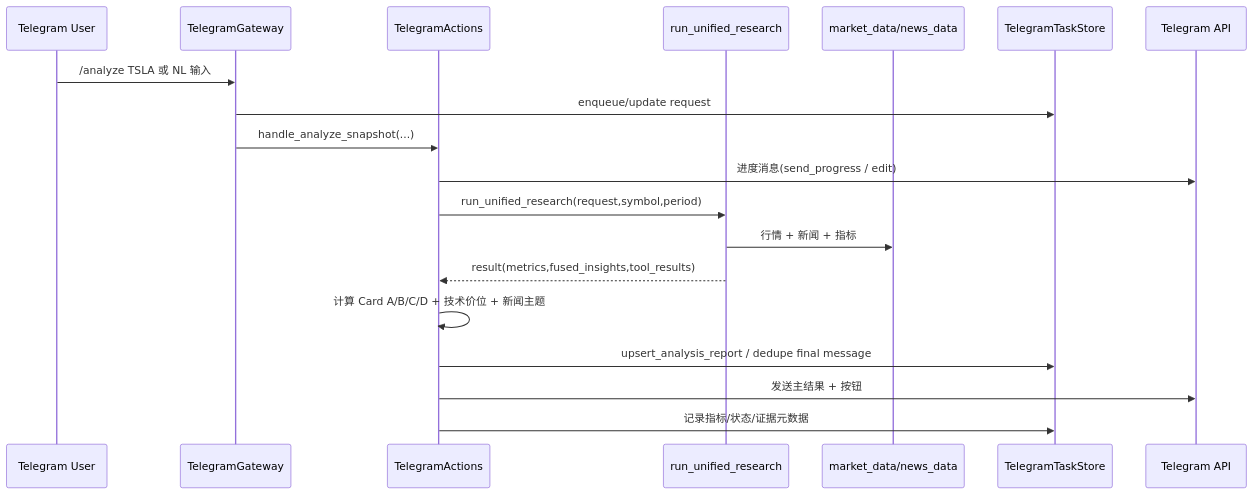
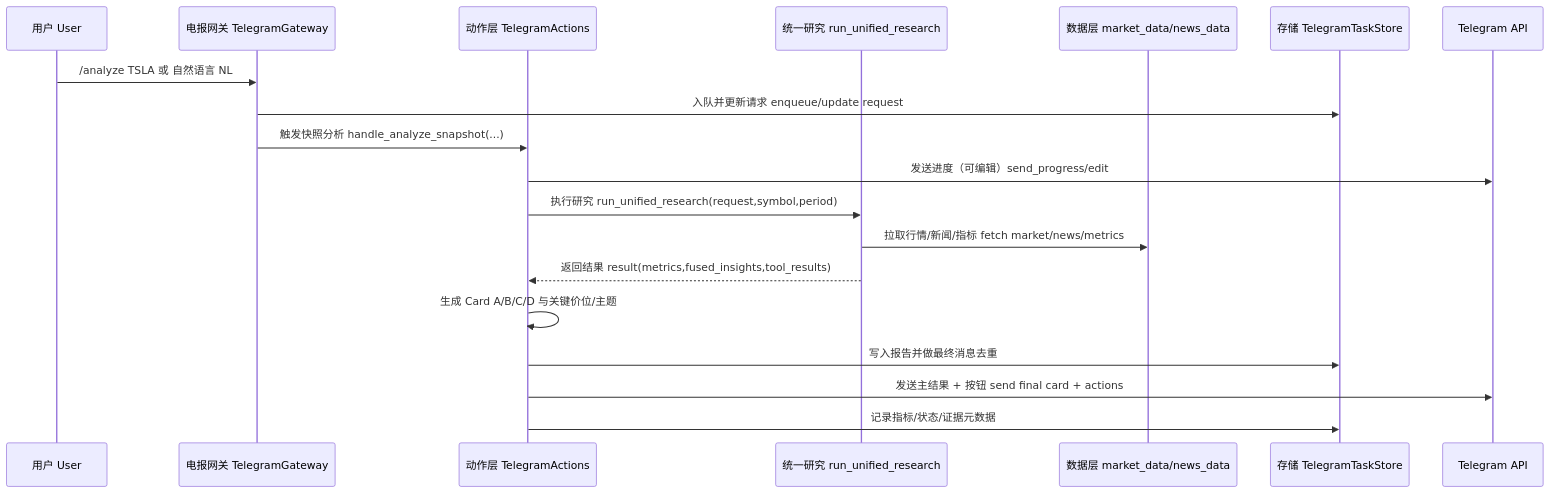
One commit to standbyme626/Alpha-Insight changed the second of 2 diagrams in README.md. Above: the diagram before and after it, drawn with Mermaid. The commit also changed other lines of this file, not shown here.

Commit message:
docs: expand telegram user guide and bilingualize diagrams

````diff
--- a/README.md
+++ b/README.md
@@ -112,22 +164,22 @@
 ```mermaid
 sequenceDiagram
-    participant User as Telegram User
-    participant GW as TelegramGateway
-    participant ACT as TelegramActions
-    participant WF as run_unified_research
-    participant MKT as market_data/news_data
-    participant STORE as TelegramTaskStore
+    participant User as 用户 User
+    participant GW as 电报网关 TelegramGateway
+    participant ACT as 动作层 TelegramActions
+    participant WF as 统一研究 run_unified_research
+    participant MKT as 数据层 market_data/news_data
+    participant STORE as 存储 TelegramTaskStore
     participant TGAPI as Telegram API
 
-    User->>GW: /analyze TSLA 或 NL 输入
-    GW->>STORE: enqueue/update request
-    GW->>ACT: handle_analyze_snapshot(...)
-    ACT->>TGAPI: 进度消息(send_progress / edit)
-    ACT->>WF: run_unified_research(request,symbol,period)
-    WF->>MKT: 行情 + 新闻 + 指标
-    WF-->>ACT: result(metrics,fused_insights,tool_results)
-    ACT->>ACT: 计算 Card A/B/C/D + 技术价位 + 新闻主题
-    ACT->>STORE: upsert_analysis_report / dedupe final message
-    ACT->>TGAPI: 发送主结果 + 按钮
+    User->>GW: /analyze TSLA 或 自然语言 NL
+    GW->>STORE: 入队并更新请求 enqueue/update request
+    GW->>ACT: 触发快照分析 handle_analyze_snapshot(...)
+    ACT->>TGAPI: 发送进度（可编辑）send_progress/edit
+    ACT->>WF: 执行研究 run_unified_research(request,symbol,period)
+    WF->>MKT: 拉取行情/新闻/指标 fetch market/news/metrics
+    WF-->>ACT: 返回结果 result(metrics,fused_insights,tool_results)
+    ACT->>ACT: 生成 Card A/B/C/D 与关键价位/主题
+    ACT->>STORE: 写入报告并做最终消息去重
+    ACT->>TGAPI: 发送主结果 + 按钮 send final card + actions
     ACT->>STORE: 记录指标/状态/证据元数据
 ```
````
